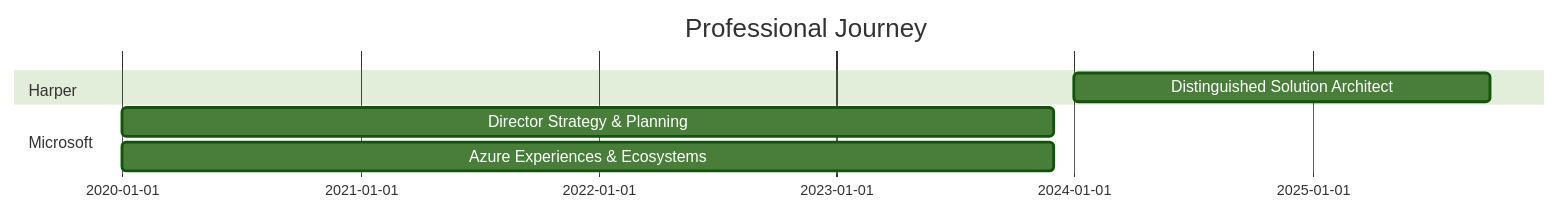
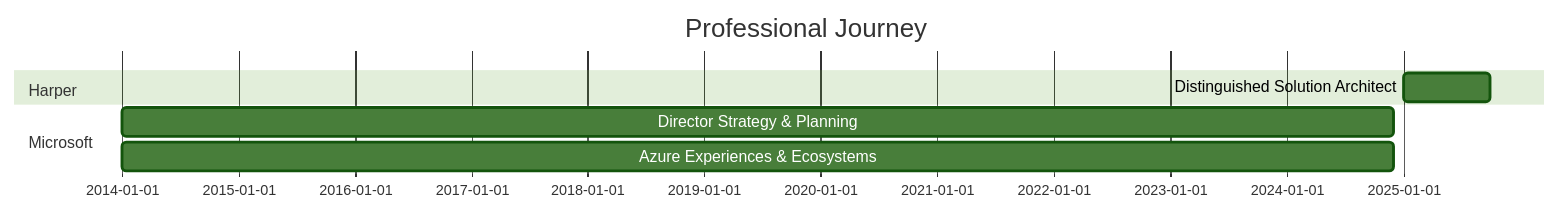
One commit to irjudson/irjudson changed the diagram in README.md. Above: the diagram before and after it, drawn with Mermaid (forest theme). The commit also changed other lines of this file and 1 other file, not shown here.

````diff
--- a/README.md
+++ b/README.md
@@ -131,10 +129,10 @@
 ```mermaid
 gantt
     title Professional Journey
     dateFormat  YYYY-MM
     section Harper
-    Distinguished Solution Architect    :2024-01, 2025-10
+    Distinguished Solution Architect    :2025-01, 2025-10
     section Microsoft
-    Director Strategy & Planning        :2020-01, 2023-12
-    Azure Experiences & Ecosystems      :2020-01, 2023-12
+    Director Strategy & Planning        :2014-01, 2024-12
+    Azure Experiences & Ecosystems      :2014-01, 2024-12
 ```
````
